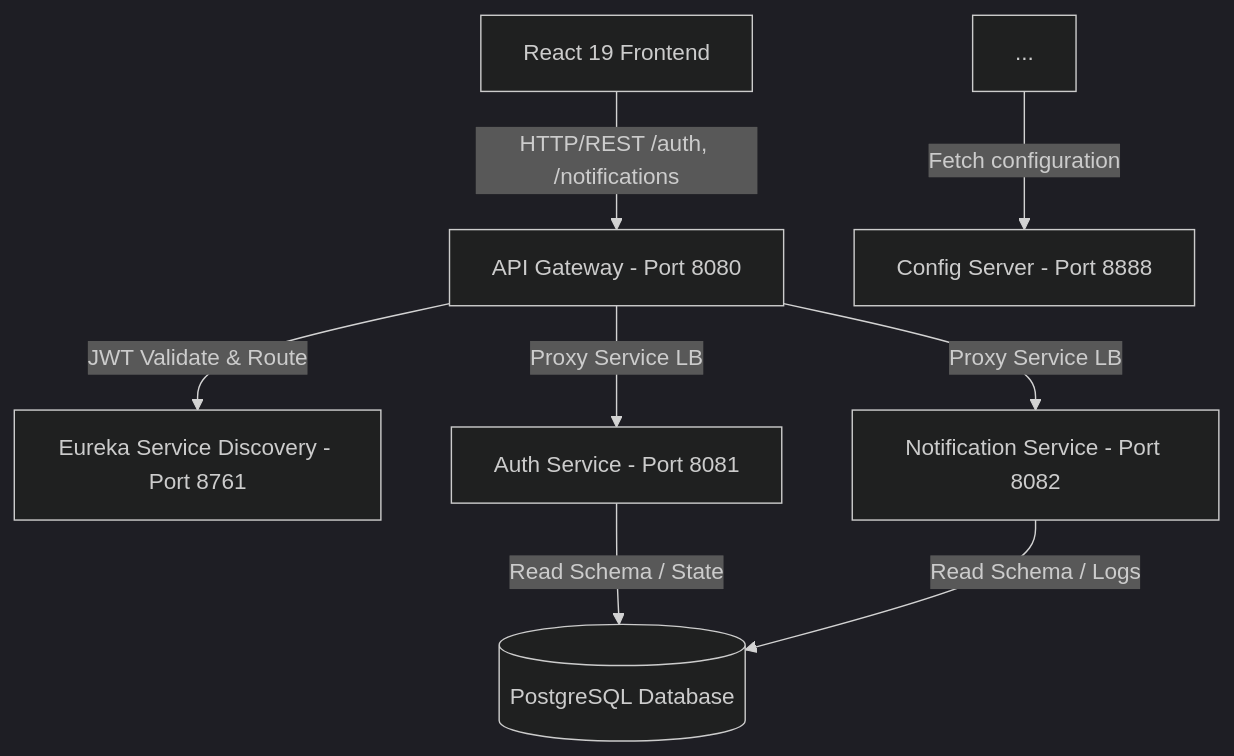
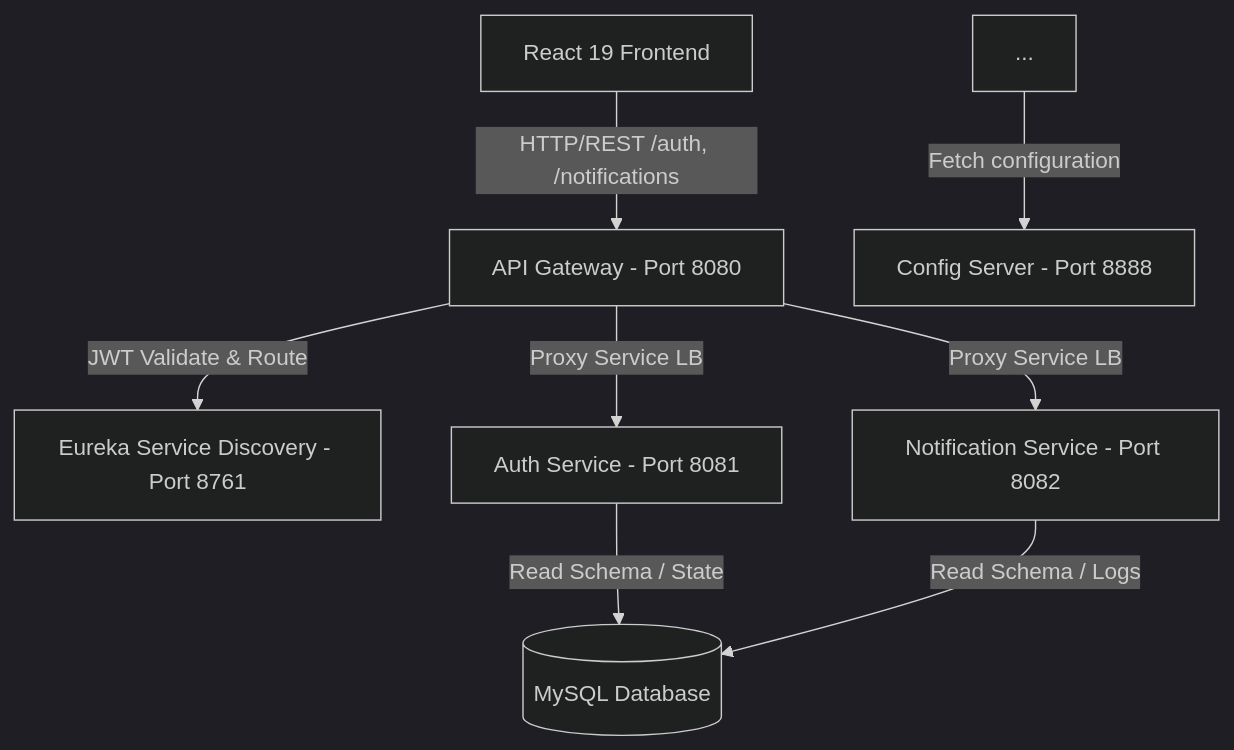
One commit to shashank2043/hackathon-template changed the diagram in README.md. Above: the diagram before and after it, drawn with Mermaid (dark theme). The commit also changed other lines of this file and 16 other files, not shown here.

Commit message:
feat: Migrate from PostgreSQL to MySQL, update configurations and remove unused files

````diff
--- a/README.md
+++ b/README.md
@@ -9,12 +9,12 @@
 ```mermaid
 graph TD
     Client[React 19 Frontend] -->|HTTP/REST /auth, /notifications| Gateway[API Gateway - Port 8080]
     Gateway -->|JWT Validate & Route| Registry[Eureka Service Discovery - Port 8761]
     Gateway -->|Proxy Service LB| AuthService[Auth Service - Port 8081]
     Gateway -->|Proxy Service LB| NotificationService[Notification Service - Port 8082]
     
-    AuthService -->|Read Schema / State| DB[(PostgreSQL Database)]
+    AuthService -->|Read Schema / State| DB[(MySQL Database)]
     NotificationService -->|Read Schema / Logs| DB
     
     AllServices[...] -->|Fetch configuration| ConfigServer[Config Server - Port 8888]
 ```
````
